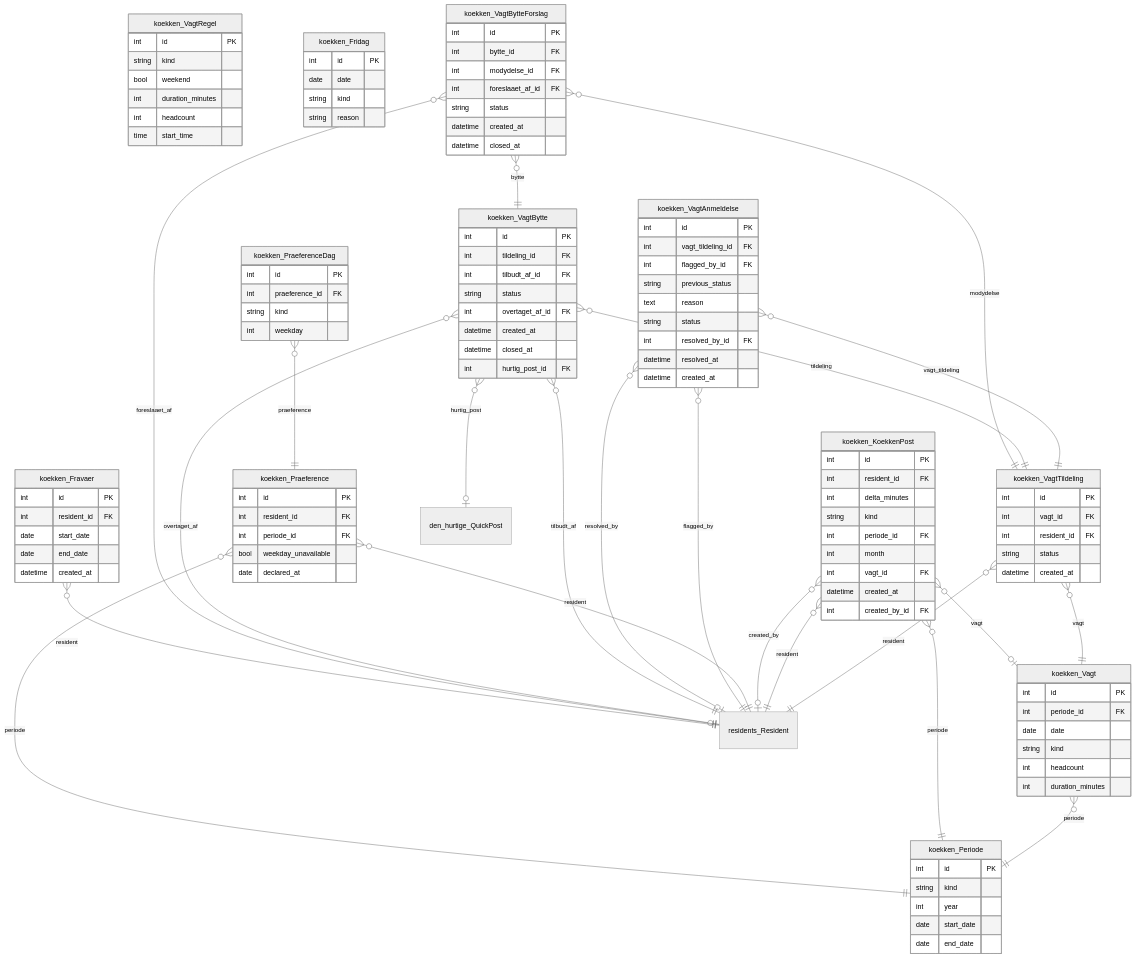
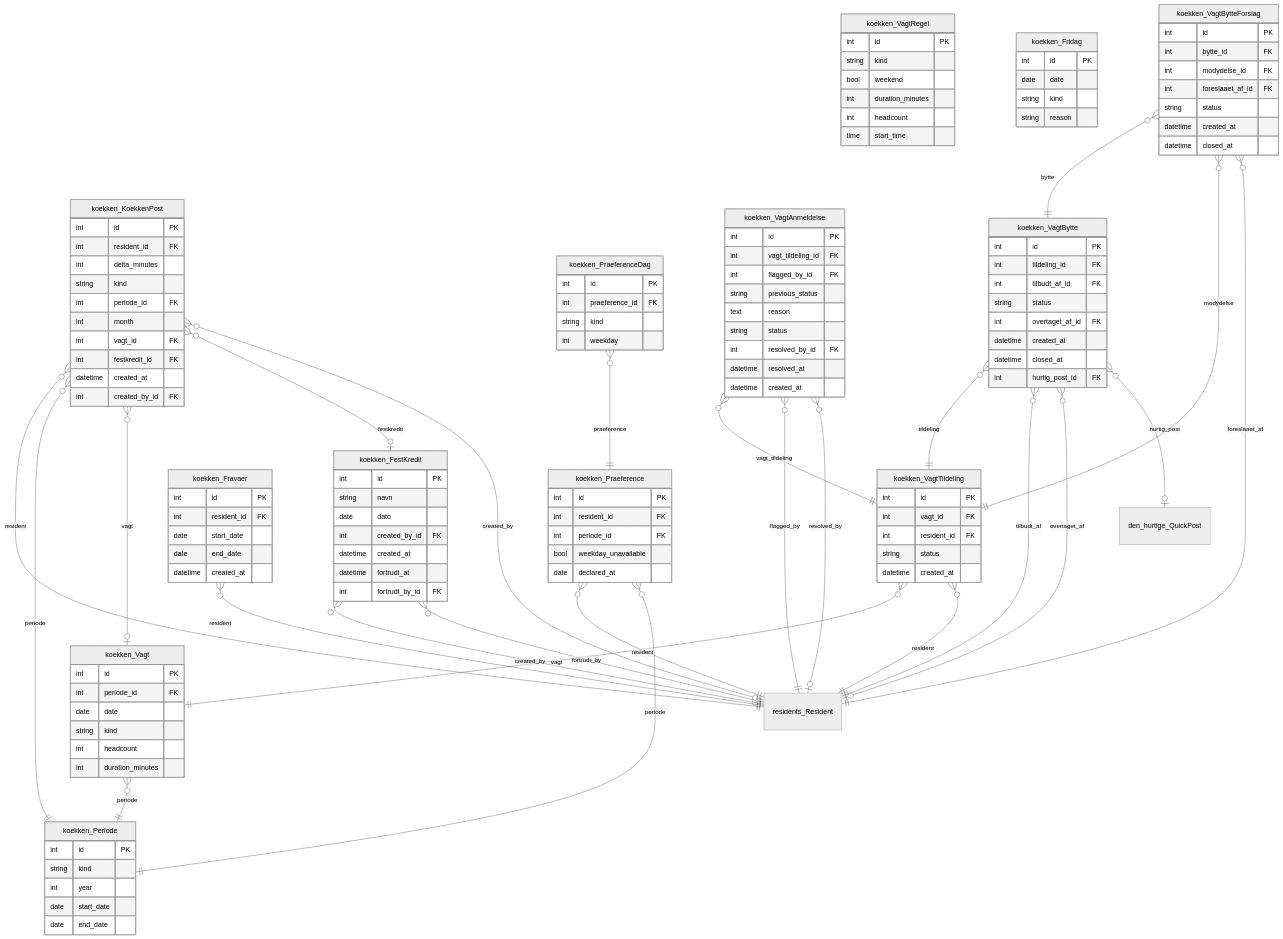
One commit to GAHK-org/gahk_intern changed the ninth of 16 diagrams in docs/erd.md. Above: the diagram before and after it, drawn with Mermaid (neutral theme). The commit also changed other lines of this file and 19 other files, not shown here.

```diff
--- a/docs/erd.md
+++ b/docs/erd.md
@@ -1200,6 +1214,16 @@
         datetime created_at
     }
 
+    koekken_FestKredit {
+        int id PK
+        string navn
+        date dato
+        int created_by_id FK
+        datetime created_at
+        datetime fortrudt_at
+        int fortrudt_by_id FK
+    }
+
     koekken_KoekkenPost {
         int id PK
         int resident_id FK
@@ -1208,6 +1232,7 @@
         int periode_id FK
         int month
         int vagt_id FK
+        int festkredit_id FK
         datetime created_at
         int created_by_id FK
     }
@@ -1282,9 +1307,12 @@
     koekken_Vagt }o--|| koekken_Periode : "periode"
     koekken_VagtTildeling }o--|| koekken_Vagt : "vagt"
     koekken_VagtTildeling }o--|| residents_Resident : "resident"
+    koekken_FestKredit }o--|o residents_Resident : "created_by"
+    koekken_FestKredit }o--|o residents_Resident : "fortrudt_by"
     koekken_KoekkenPost }o--|| residents_Resident : "resident"
     koekken_KoekkenPost }o--|| koekken_Periode : "periode"
     koekken_KoekkenPost }o--|o koekken_Vagt : "vagt"
+    koekken_KoekkenPost }o--|o koekken_FestKredit : "festkredit"
     koekken_KoekkenPost }o--|o residents_Resident : "created_by"
     koekken_Praeference }o--|| residents_Resident : "resident"
     koekken_Praeference }o--|| koekken_Periode : "periode"
```
